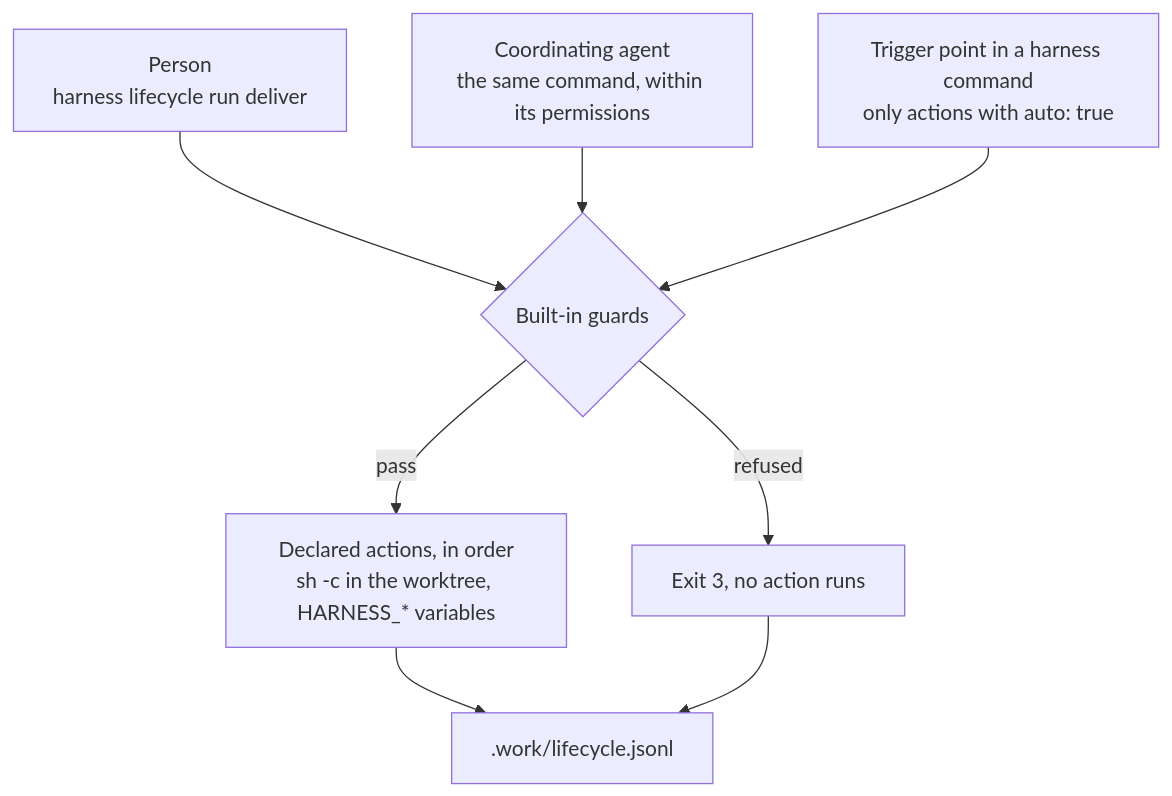
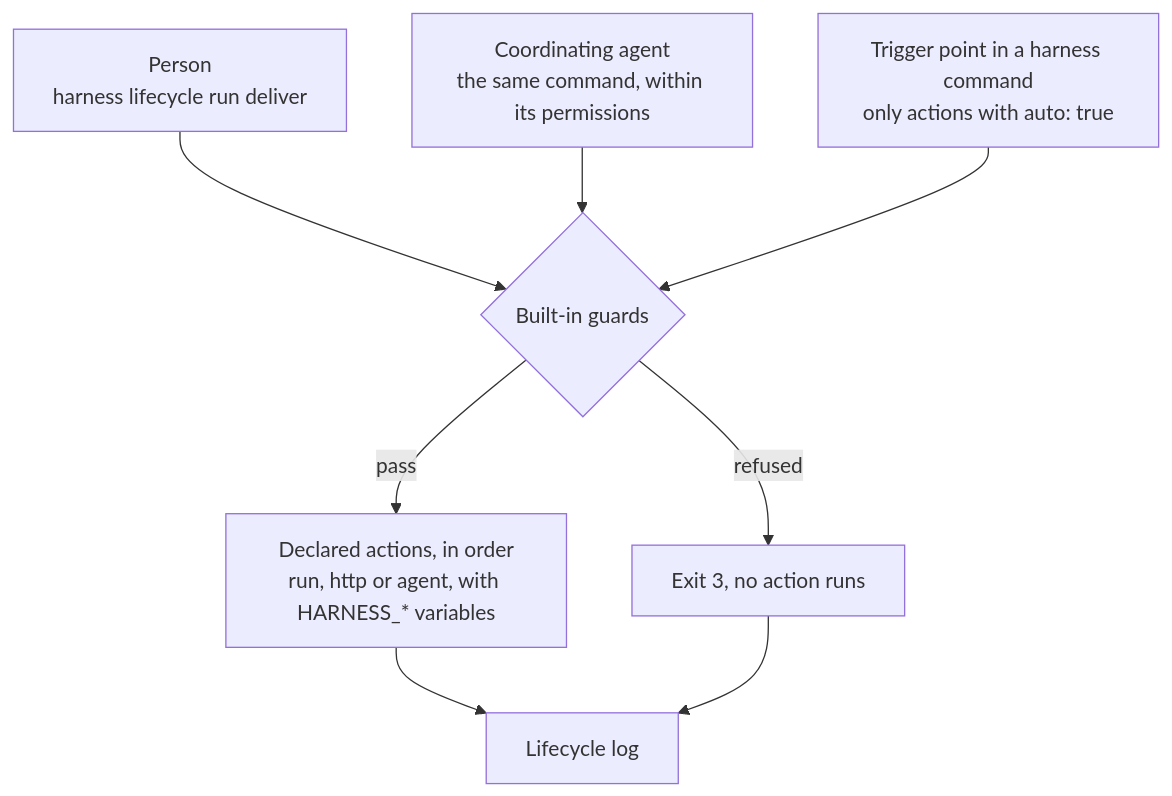
The second of 2 diagrams in docs/features/lifecycle.md (lmarqs/harness), drawn with Mermaid before and after one commit. The commit also changed other lines of this file and 75 other files, not shown here.

````diff
--- a/docs/features/lifecycle.md
+++ b/docs/features/lifecycle.md
@@ -133,10 +147,10 @@
 ```mermaid
 flowchart TD
   p["Person<br/>harness lifecycle run deliver"] --> g
   a["Coordinating agent<br/>the same command, within its permissions"] --> g
   t["Trigger point in a harness command<br/>only actions with auto: true"] --> g
   g{"Built-in guards"} -- refused --> b["Exit 3, no action runs"]
-  g -- pass --> r["Declared actions, in order<br/>sh -c in the worktree, HARNESS_* variables"]
-  r --> j[".work/lifecycle.jsonl"]
+  g -- pass --> r["Declared actions, in order<br/>run, http or agent, with HARNESS_* variables"]
+  r --> j["Lifecycle log"]
   b --> j
 ```
````
